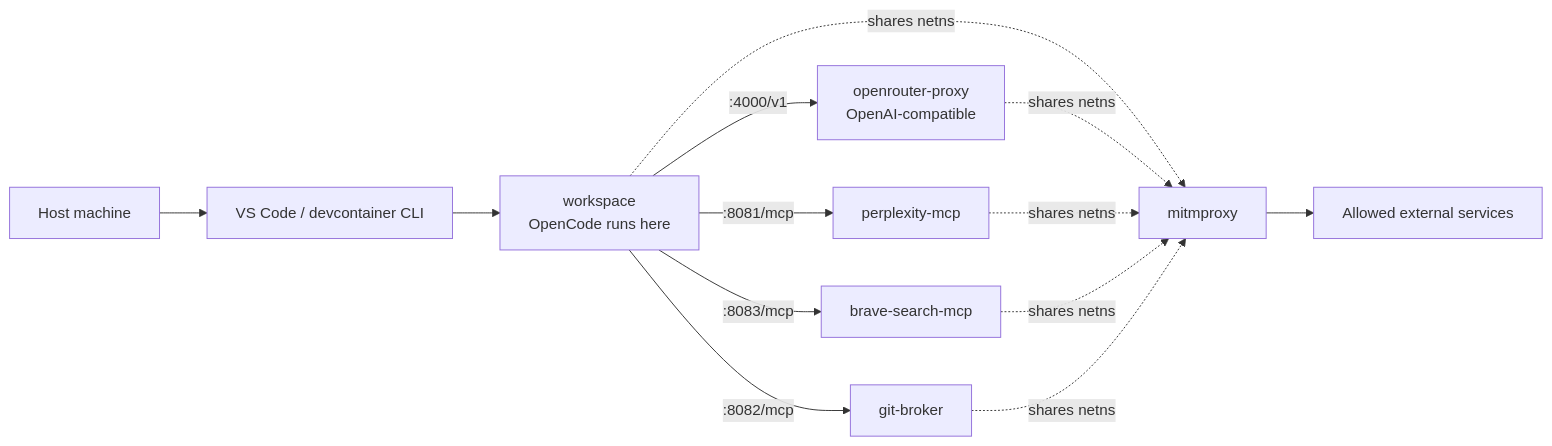
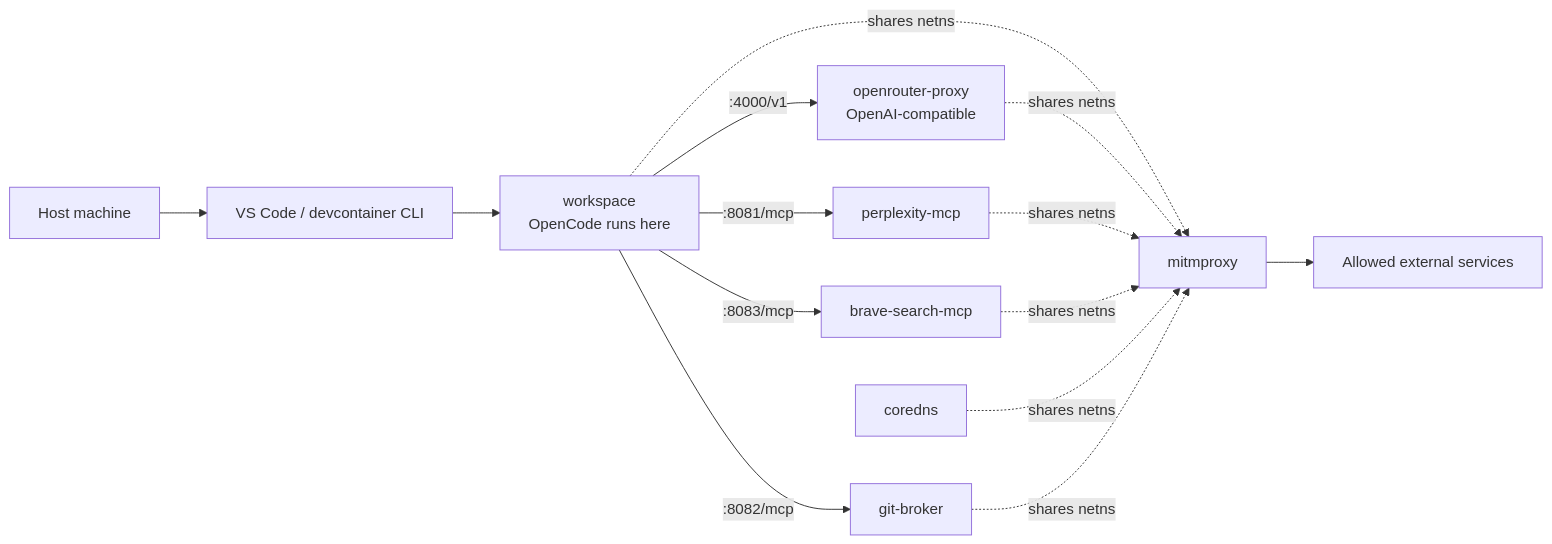
The first of 3 diagrams in README.md (sachitv/opencode-omo-sandbox-docker), drawn with Mermaid before and after one commit. The commit also changed other lines of this file and 11 other files, not shown here.

First line of the commit message:
Add CoreDNS DNS allowlist resolver to close DNS exfiltration channel

````diff
--- a/README.md
+++ b/README.md
@@ -50,28 +58,30 @@
 ```mermaid
 flowchart LR
   Host[Host machine]
   VSCode[VS Code / devcontainer CLI]
   Workspace[workspace<br/>OpenCode runs here]
   OpenRouter[openrouter-proxy<br/>OpenAI-compatible]
   Perplexity[perplexity-mcp]
   Brave[brave-search-mcp]
+  CoreDNS[coredns]
   GitBroker[git-broker]
   Mitm[mitmproxy]
   Internet[Allowed external services]
 
   Host --> VSCode
   VSCode --> Workspace
 
   Workspace -->|:4000/v1| OpenRouter
   Workspace -->|:8081/mcp| Perplexity
   Workspace -->|:8083/mcp| Brave
   Workspace -->|:8082/mcp| GitBroker
 
   Workspace -. shares netns .-> Mitm
   OpenRouter -. shares netns .-> Mitm
   Perplexity -. shares netns .-> Mitm
   Brave -. shares netns .-> Mitm
+  CoreDNS -. shares netns .-> Mitm
   GitBroker -. shares netns .-> Mitm
 
   Mitm --> Internet
 ```
````
